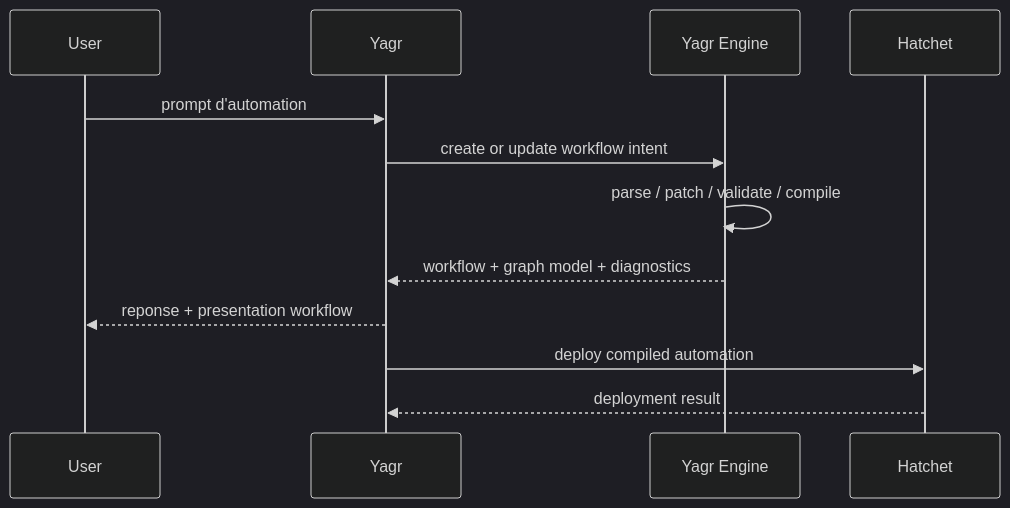
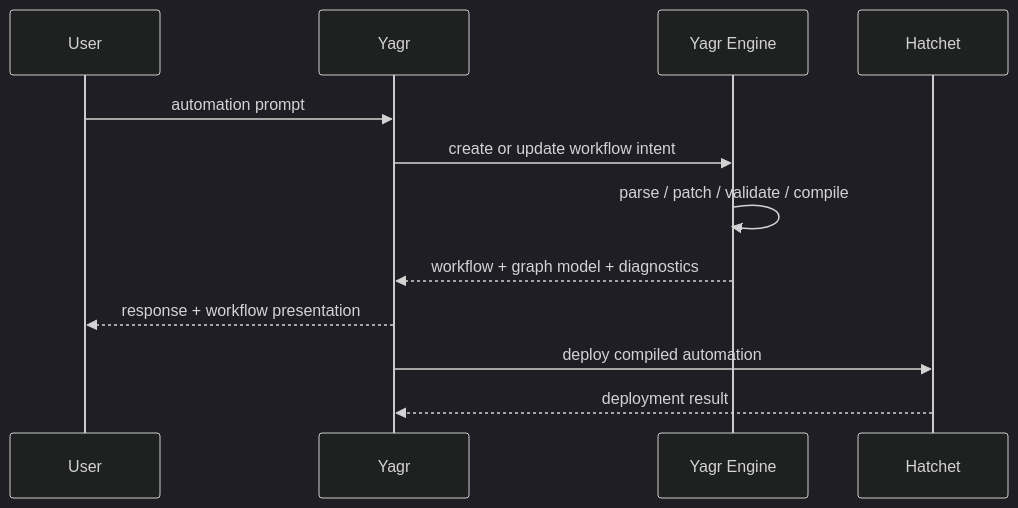
Before and after one commit to EtienneLescot/yagr: the second of 5 diagrams in architecture/target/yagr-engine-architecture.md, drawn with Mermaid (dark theme). The commit also changed other lines of this file and 13 other files, not shown here.

First line of the commit message:
docs: translate architectural documentation to English

````diff
--- a/architecture/target/yagr-engine-architecture.md
+++ b/architecture/target/yagr-engine-architecture.md
@@ -286,15 +286,15 @@
 ```mermaid
 sequenceDiagram
     participant U as User
     participant Y as Yagr
     participant E as Yagr Engine
     participant H as Hatchet
 
-    U->>Y: prompt d'automation
+    U->>Y: automation prompt
     Y->>E: create or update workflow intent
     E->>E: parse / patch / validate / compile
     E-->>Y: workflow + graph model + diagnostics
-    Y-->>U: reponse + presentation workflow
+    Y-->>U: response + workflow presentation
     Y->>H: deploy compiled automation
     H-->>Y: deployment result
 ```
````
